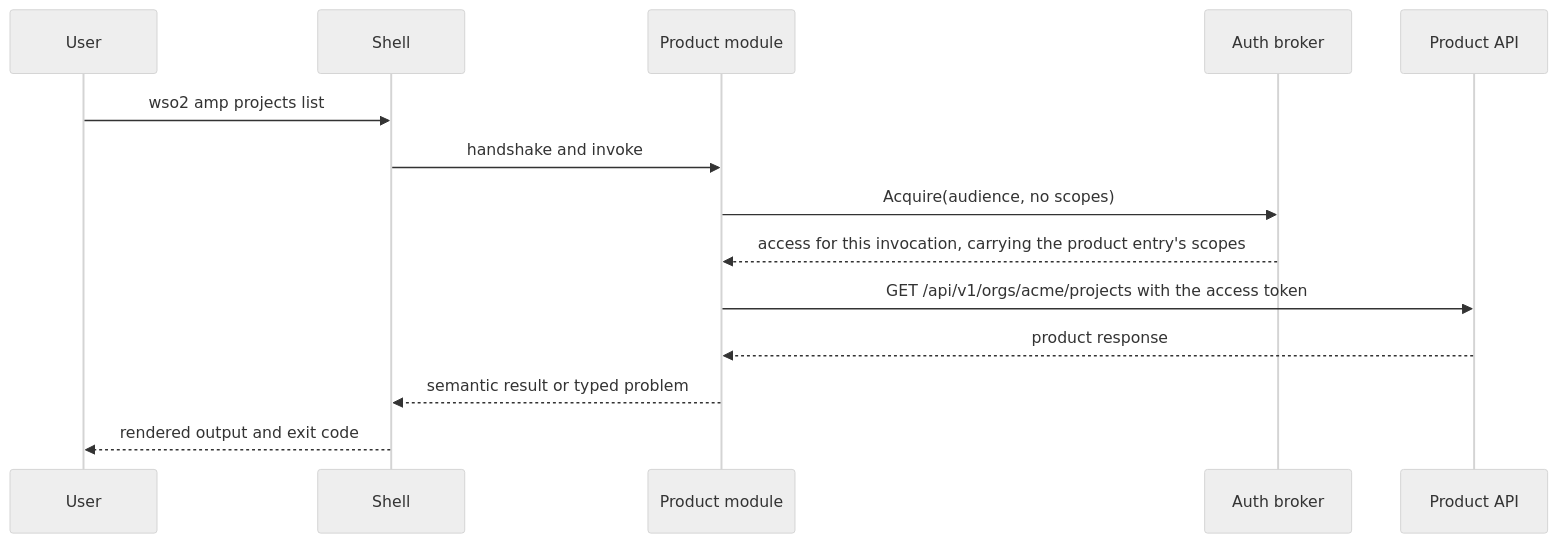
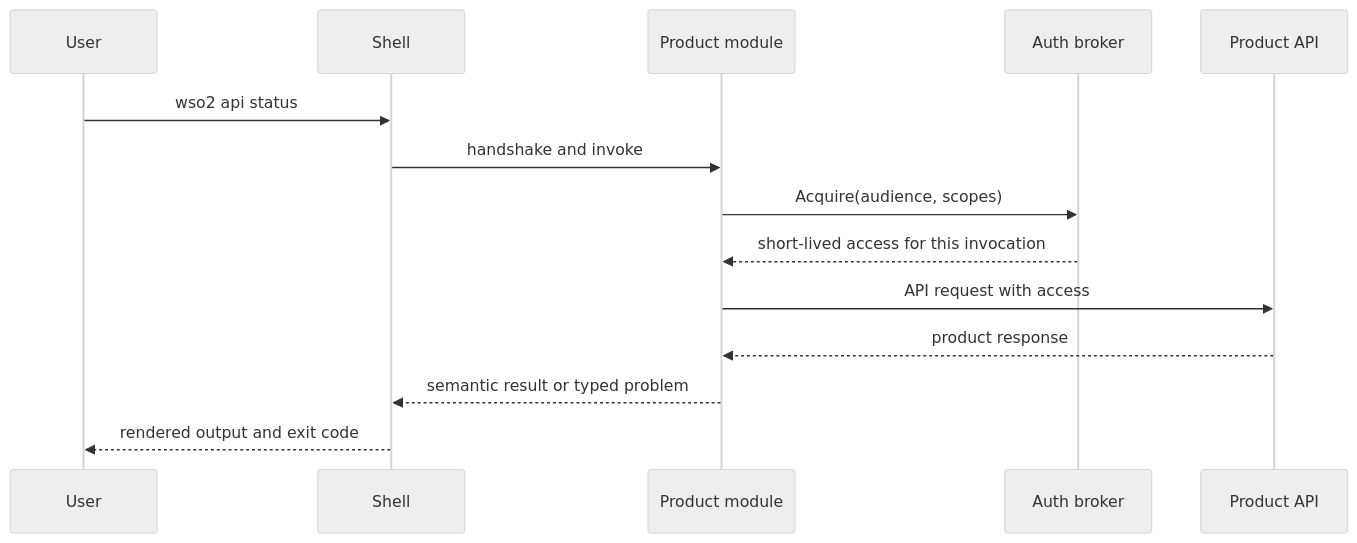
Before and after one commit to kanushka/wso2-cli: the second of 3 diagrams in docs/guides/building-product-modules.md, drawn with Mermaid (neutral theme). The commit also changed other lines of this file and 70 other files, not shown here.

````diff
--- a/docs/guides/building-product-modules.md
+++ b/docs/guides/building-product-modules.md
@@ -420,17 +340,17 @@
 ```mermaid
 sequenceDiagram
     participant U as User
     participant S as Shell
     participant P as Product module
     participant B as Auth broker
     participant A as Product API
 
-    U->>S: wso2 amp projects list
+    U->>S: wso2 api status
     S->>P: handshake and invoke
-    P->>B: Acquire(audience, no scopes)
-    B-->>P: access for this invocation, carrying the product entry's scopes
-    P->>A: GET /api/v1/orgs/acme/projects with the access token
+    P->>B: Acquire(audience, scopes)
+    B-->>P: short-lived access for this invocation
+    P->>A: API request with access
     A-->>P: product response
     P-->>S: semantic result or typed problem
     S-->>U: rendered output and exit code
 ```
````
